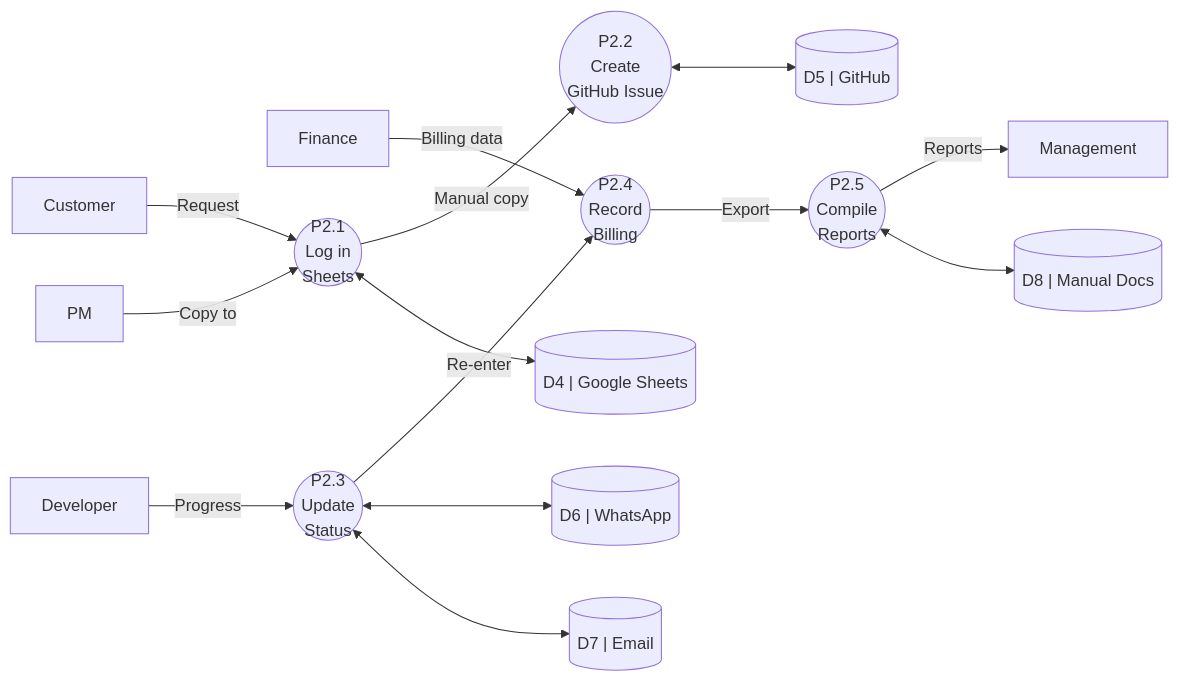
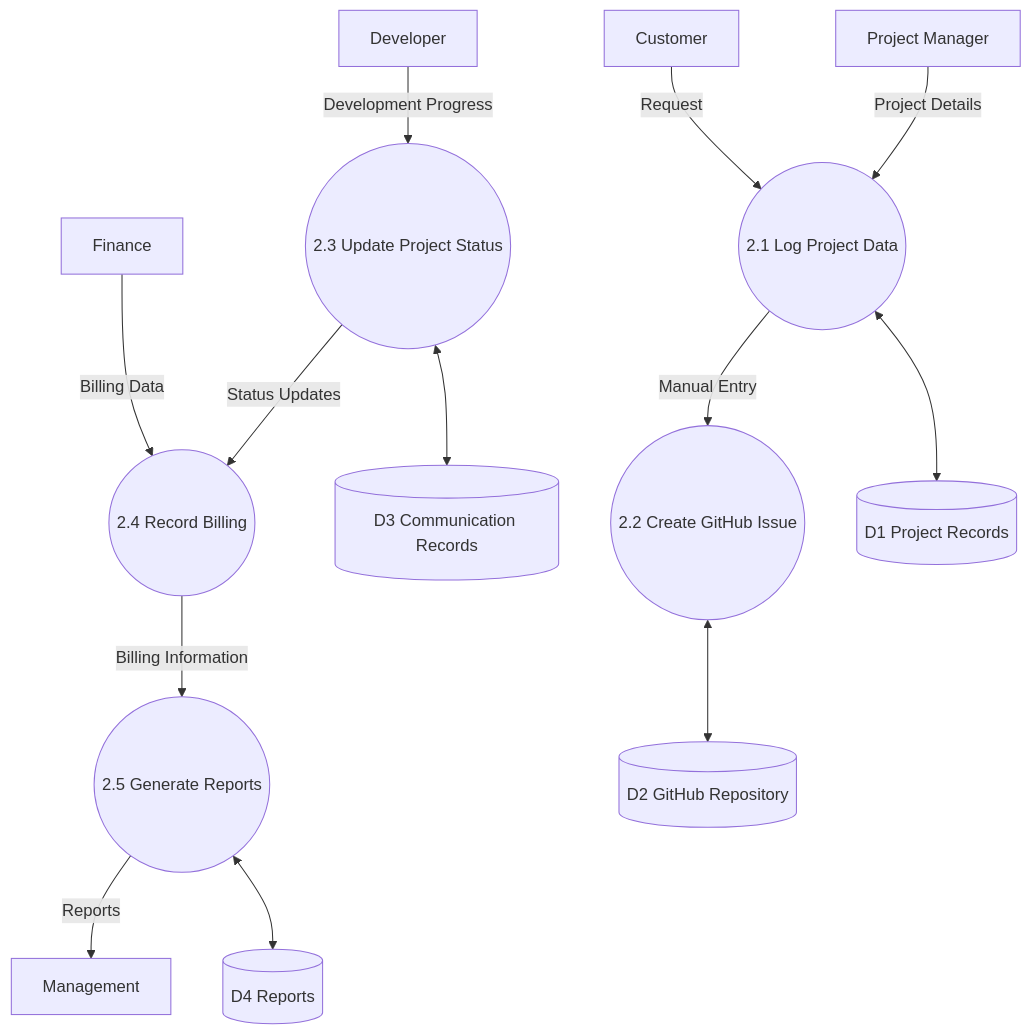
The third of 10 diagrams in diagrams_mermaid.md (naim1405/ISAD), drawn with Mermaid before and after one commit. The commit also changed other lines of this file and 12 other files, not shown here.

Commit message:
updated diagrams

````diff
--- a/diagrams_mermaid.md
+++ b/diagrams_mermaid.md
@@ -176,31 +145,38 @@
 ```mermaid
-graph LR
-    CUST["Customer"]
-    PM["PM"]
-    DEV["Developer"]
-    FIN["Finance"]
-    MGT["Management"]
-    P21(("P2.1<br/>Log in<br/>Sheets"))
-    P22(("P2.2<br/>Create<br/>GitHub Issue"))
-    P23(("P2.3<br/>Update<br/>Status"))
-    P24(("P2.4<br/>Record<br/>Billing"))
-    P25(("P2.5<br/>Compile<br/>Reports"))
-    D4[("D4 | Google Sheets")]
-    D5[("D5 | GitHub")]
-    D6[("D6 | WhatsApp")]
-    D7[("D7 | Email")]
-    D8[("D8 | Manual Docs")]
-    CUST -- "Request" --> P21
-    PM -- "Copy to" --> P21
-    P21 -- "Manual copy" --> P22
-    DEV -- "Progress" --> P23
-    P23 -- "Re-enter" --> P24
-    FIN -- "Billing data" --> P24
-    P24 -- "Export" --> P25
-    P25 -- "Reports" --> MGT
-    P21 <--> D4
-    P22 <--> D5
-    P23 <--> D6
-    P23 <--> D7
-    P25 <--> D8
+flowchart TD
+
+    CUST[Customer]
+    PM[Project Manager]
+    DEV[Developer]
+    FIN[Finance]
+    MGT[Management]
+
+    P21((2.1 Log Project Data))
+    P22((2.2 Create GitHub Issue))
+    P23((2.3 Update Project Status))
+    P24((2.4 Record Billing))
+    P25((2.5 Generate Reports))
+
+    D1[(D1 Project Records)]
+    D2[(D2 GitHub Repository)]
+    D3[(D3 Communication Records)]
+    D4[(D4 Reports)]
+
+    CUST -->|Request| P21
+    PM -->|Project Details| P21
+
+    P21 -->|Manual Entry| P22
+    DEV -->|Development Progress| P23
+
+    P23 -->|Status Updates| P24
+    FIN -->|Billing Data| P24
+
+    P24 -->|Billing Information| P25
+    P25 -->|Reports| MGT
+
+    P21 <--> D1
+    P22 <--> D2
+    P23 <--> D3
+    P25 <--> D4
+
 ```
````
